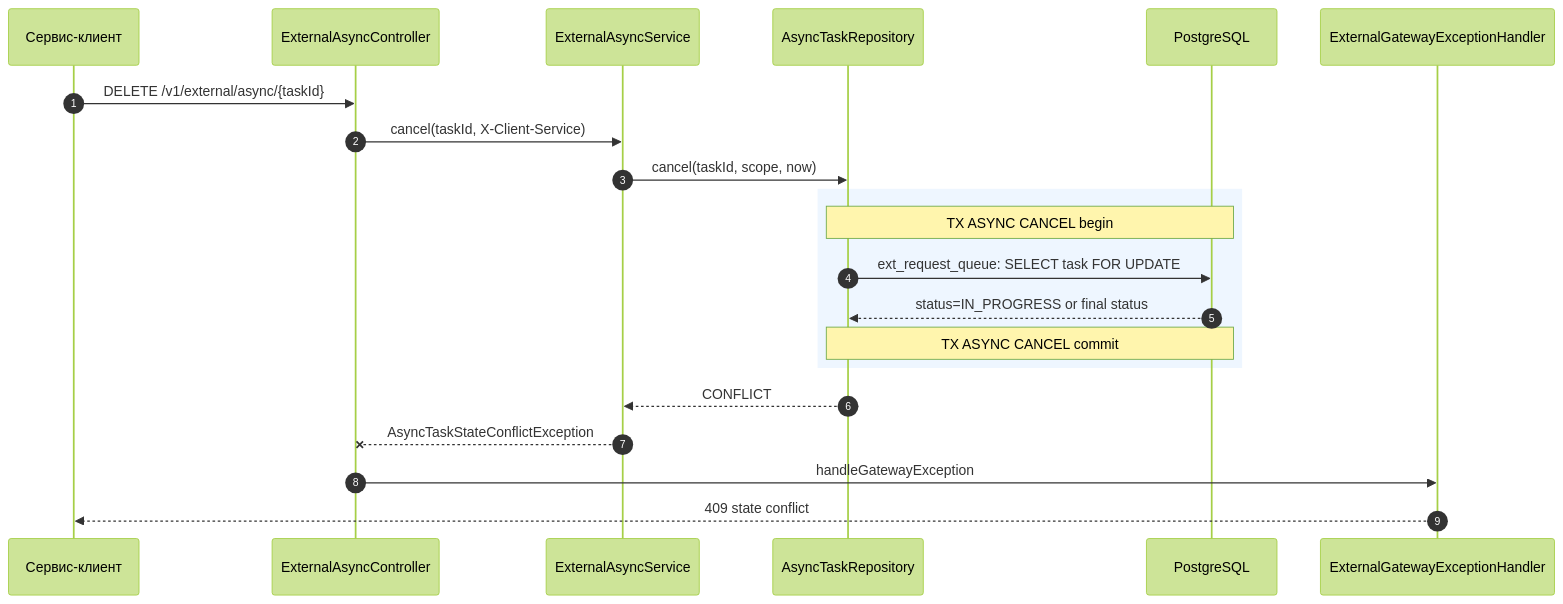
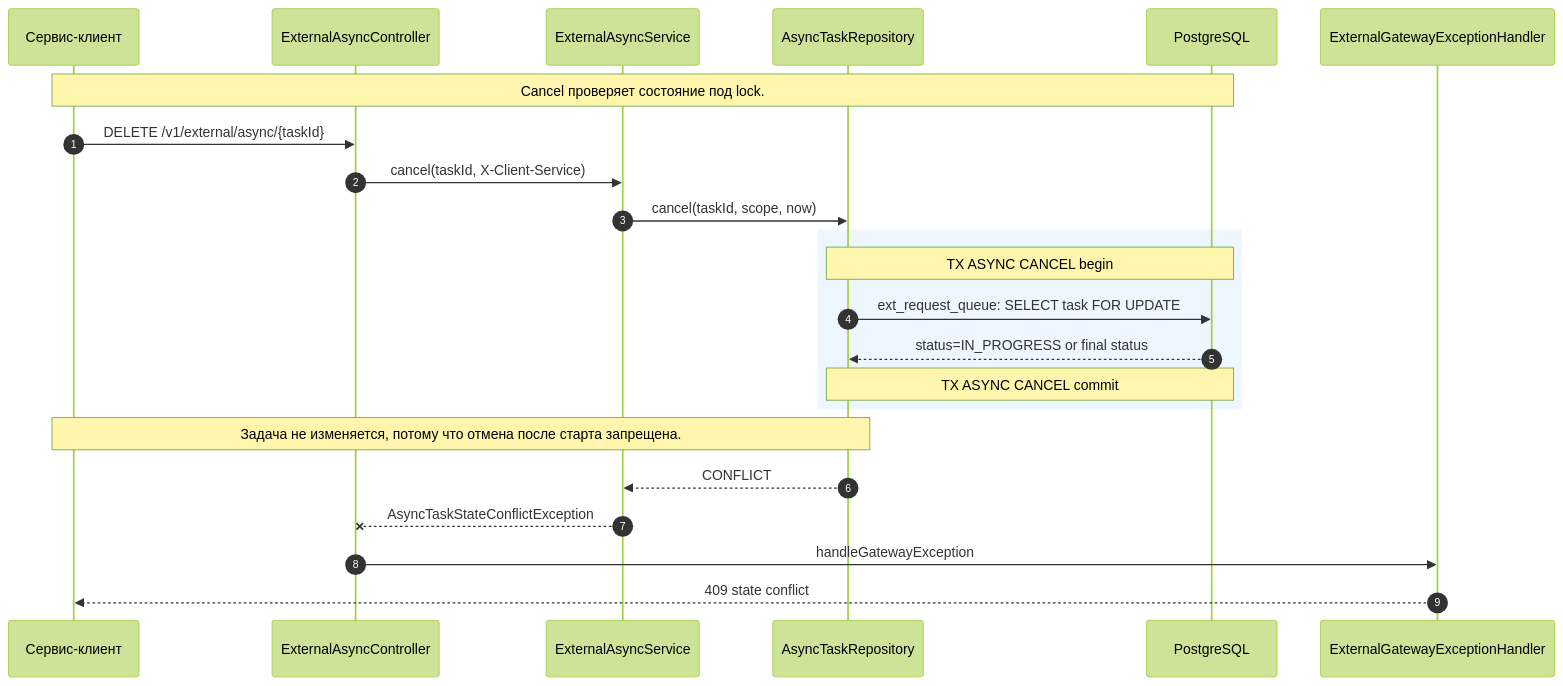
One commit to DenisVanin4402/TestQwenCli changed diagram 11 of 12 in docs/external-service-gateway/architecture/06-sequence-async.md. Above: the diagram before and after it, drawn with Mermaid (forest theme). The commit also changed other lines of this file and 2 other files, not shown here.

Commit message:
диаграммы обновлены детализацией sequence

````diff
--- a/docs/external-service-gateway/architecture/06-sequence-async.md
+++ b/docs/external-service-gateway/architecture/06-sequence-async.md
@@ -343,24 +590,26 @@
 ```mermaid
 sequenceDiagram
     autonumber
     participant Client as Сервис-клиент
     participant API as ExternalAsyncController
     participant Service as ExternalAsyncService
     participant Repo as AsyncTaskRepository
     participant DB as PostgreSQL
     participant Errors as ExternalGatewayExceptionHandler
 
+    Note over Client,DB: Cancel проверяет состояние под lock.
     Client->>API: DELETE /v1/external/async/{taskId}
     API->>Service: cancel(taskId, X-Client-Service)
     Service->>Repo: cancel(taskId, scope, now)
     rect rgb(238, 246, 255)
         Note over Repo,DB: TX ASYNC CANCEL begin
         Repo->>DB: ext_request_queue: SELECT task FOR UPDATE
         DB-->>Repo: status=IN_PROGRESS or final status
         Note over Repo,DB: TX ASYNC CANCEL commit
     end
+    Note over Repo,Client: Задача не изменяется, потому что отмена после старта запрещена.
     Repo-->>Service: CONFLICT
     Service--xAPI: AsyncTaskStateConflictException
     API->>Errors: handleGatewayException
     Errors-->>Client: 409 state conflict
 ```
````
